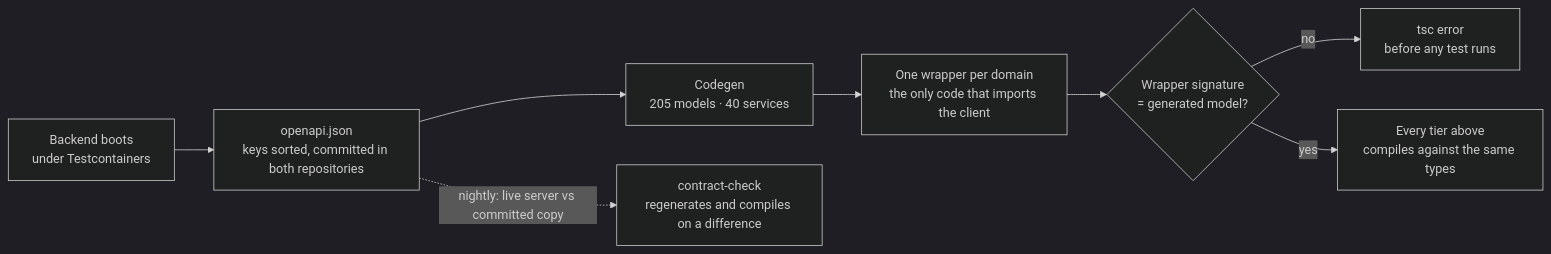
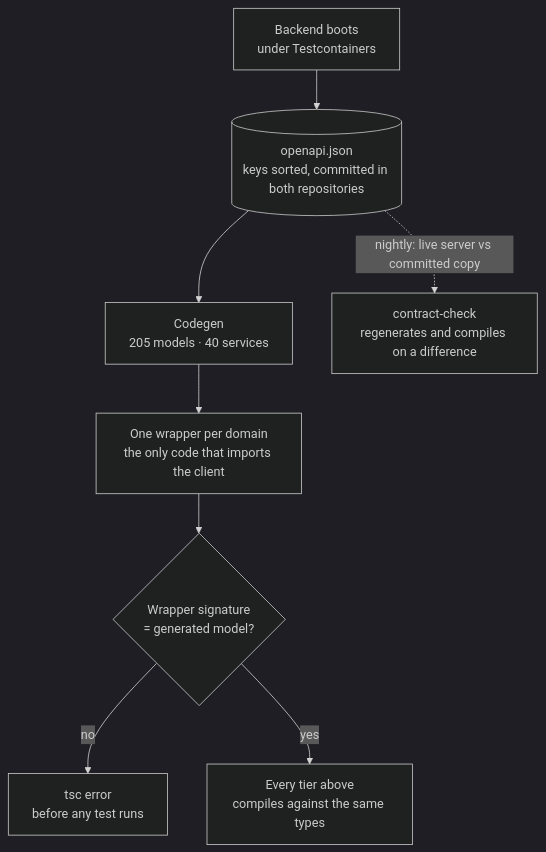
One commit to Check-It-Out-Dev/checkitout-frontend changed the first of 3 diagrams in docs/ENGINEERING.md. Above: the diagram before and after it, drawn with Mermaid (dark theme). The commit also changed other lines of this file, not shown here.

First line of the commit message:
The contract and pipeline diagrams are drawn so their labels are readable on GitHub

````diff
--- a/docs/ENGINEERING.md
+++ b/docs/ENGINEERING.md
@@ -221,10 +221,10 @@
 ```mermaid
-flowchart LR
-    BE["Backend boots<br/>under Testcontainers"] --> SPEC["openapi.json<br/>keys sorted, committed in both repositories"]
+flowchart TB
+    BE["Backend boots<br/>under Testcontainers"] --> SPEC[("openapi.json<br/>keys sorted, committed in both repositories")]
     SPEC --> GEN["Codegen<br/>205 models · 40 services"]
     GEN --> WRAP["One wrapper per domain<br/>the only code that imports the client"]
     WRAP --> L0{"Wrapper signature<br/>= generated model?"}
     L0 -->|"no"| TSC["tsc error<br/>before any test runs"]
     L0 -->|"yes"| TIERS["Every tier above<br/>compiles against the same types"]
     SPEC -.->|"nightly: live server vs committed copy"| CHECK["contract-check<br/>regenerates and compiles on a difference"]
 ```
````
